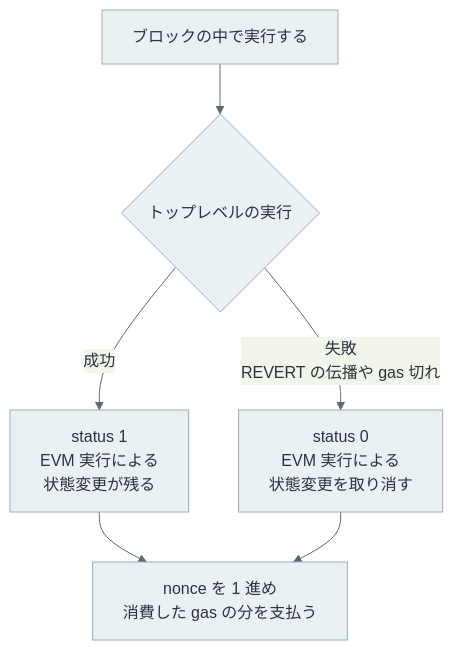
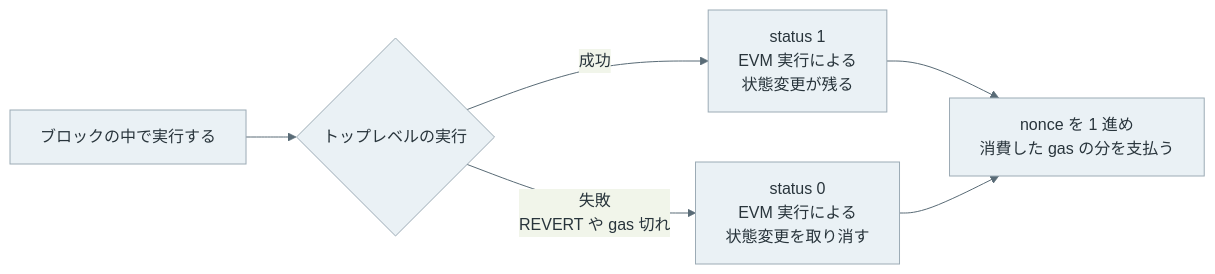
Before and after one commit to nao1215/debimate: the sixth of 6 diagrams in content/notes/blockchain-systems/ethereum-transaction/index.md, drawn with Mermaid. The commit also changed other lines of this file and 425 other files, not shown here.

````diff
--- a/content/notes/blockchain-systems/ethereum-transaction/index.md
+++ b/content/notes/blockchain-systems/ethereum-transaction/index.md
@@ -298,10 +237,10 @@
 ```mermaid
 %%{init: {"theme":"base","themeVariables":{"primaryColor":"#eaf1f5","primaryTextColor":"#28343b","primaryBorderColor":"#9cabb5","lineColor":"#596b76","textColor":"#28343b","actorBkg":"#eaf1f5","actorBorder":"#9cabb5","actorTextColor":"#28343b","actorLineColor":"#9cabb5","signalColor":"#596b76","signalTextColor":"#28343b","noteBkgColor":"#f7f1e5","noteBorderColor":"#c5b99b","noteTextColor":"#403c32","activationBkgColor":"#edf3ef","activationBorderColor":"#9aafa1"}}}%%
-flowchart TD
+flowchart LR
     E["ブロックの中で実行する"] --> Q{"トップレベルの実行"}
     Q -->|"成功"| S1["status 1<br/>EVM 実行による<br/>状態変更が残る"]
-    Q -->|"失敗<br/>REVERT の伝播や gas 切れ"| S0["status 0<br/>EVM 実行による<br/>状態変更を取り消す"]
+    Q -->|"失敗<br/>REVERT や gas 切れ"| S0["status 0<br/>EVM 実行による<br/>状態変更を取り消す"]
     S1 --> F["nonce を 1 進め<br/>消費した gas の分を支払う"]
     S0 --> F
     classDef default fill:#eaf1f5,stroke:#9cabb5,color:#28343b;
 ```
````
